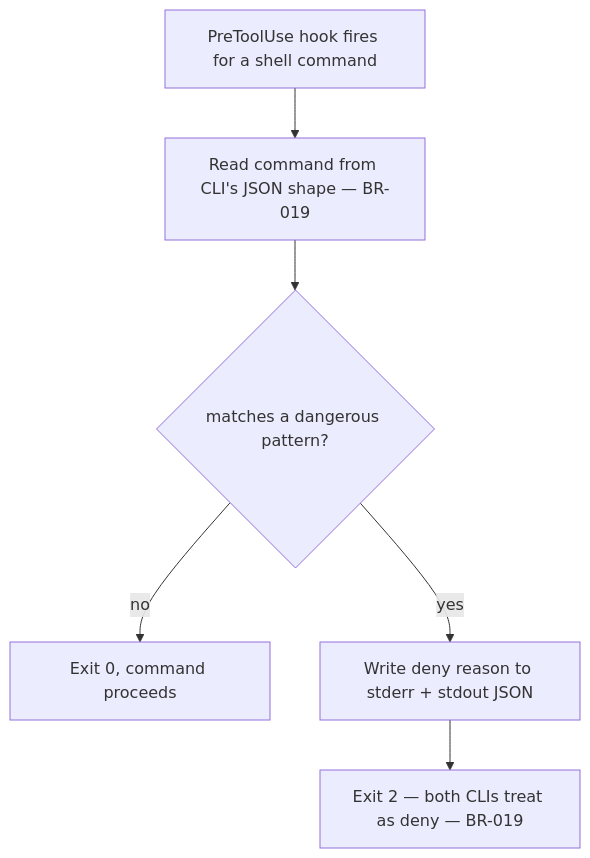
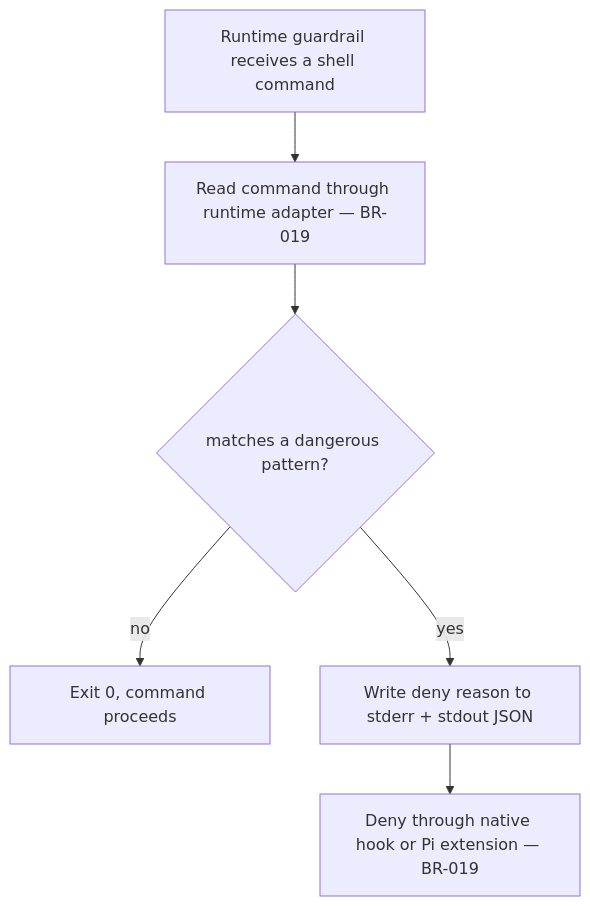
The diagram in docs/spec/use_cases/UC-07-block-a-dangerous-git-command.md (matthiasdaues/agent_factory), drawn with Mermaid before and after one commit. The commit also changed other lines of this file and 16 other files, not shown here.

````diff
--- a/docs/spec/use_cases/UC-07-block-a-dangerous-git-command.md
+++ b/docs/spec/use_cases/UC-07-block-a-dangerous-git-command.md
@@ -56,8 +67,8 @@
 ```mermaid
 flowchart TD
-    A[PreToolUse hook fires for a shell command] --> B[Read command from CLI's JSON shape — BR-019]
+    A[Runtime guardrail receives a shell command] --> B[Read command through runtime adapter — BR-019]
     B --> C{matches a dangerous pattern?}
     C -->|no| D[Exit 0, command proceeds]
     C -->|yes| E[Write deny reason to stderr + stdout JSON]
-    E --> F[Exit 2 — both CLIs treat as deny — BR-019]
+    E --> F[Deny through native hook or Pi extension — BR-019]
 ```
````
